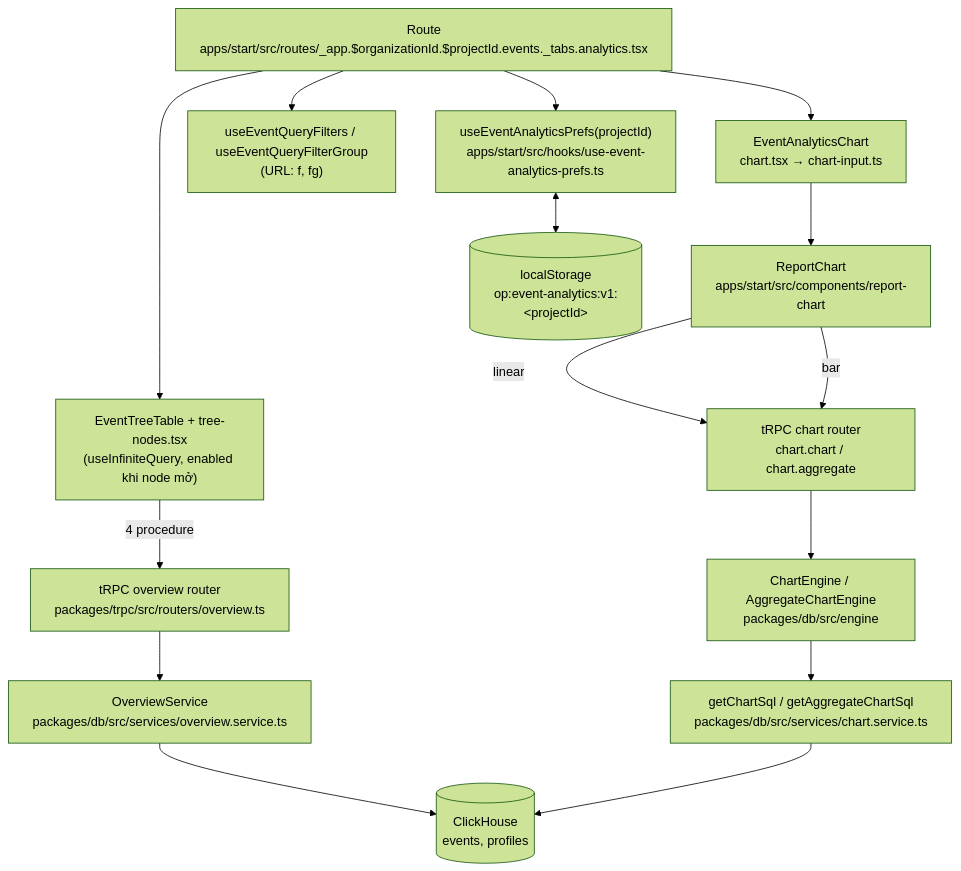
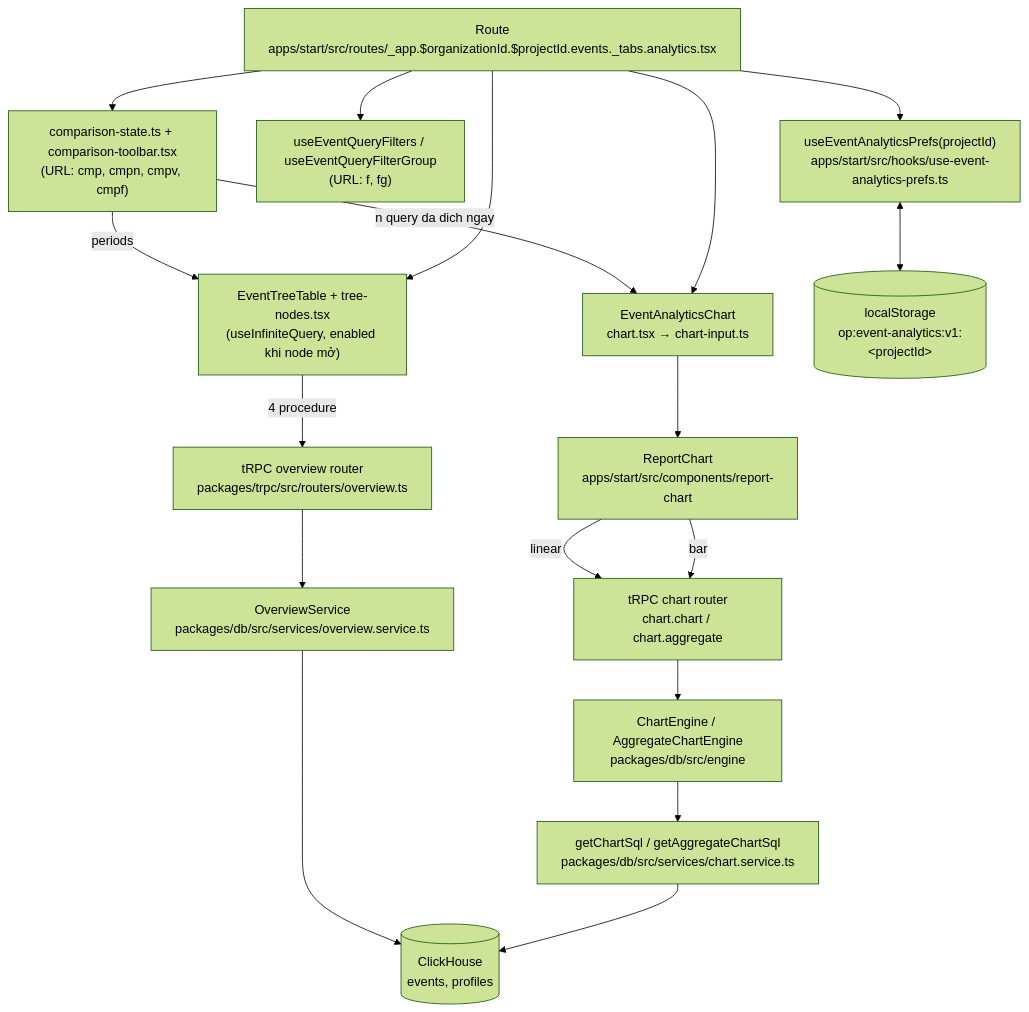
Before and after one commit to vietanha34/openpanel: the diagram in docs/event-analytics/ARCHITECTURE.md, drawn with Mermaid (forest theme). The commit also changed other lines of this file and 1 other file, not shown here.

Commit message:
docs(event-analytics): record Phase 3 in the acceptance and architecture references

````diff
--- a/docs/event-analytics/ARCHITECTURE.md
+++ b/docs/event-analytics/ARCHITECTURE.md
@@ -10,26 +10,30 @@
 ```mermaid
 flowchart TD
   R["Route<br/>apps/start/src/routes/_app.$organizationId.$projectId.events._tabs.analytics.tsx"]
   P["useEventAnalyticsPrefs(projectId)<br/>apps/start/src/hooks/use-event-analytics-prefs.ts"]
   Q["useEventQueryFilters / useEventQueryFilterGroup<br/>(URL: f, fg)"]
+  CMP["comparison-state.ts + comparison-toolbar.tsx<br/>(URL: cmp, cmpn, cmpv, cmpf)"]
   T["EventTreeTable + tree-nodes.tsx<br/>(useInfiniteQuery, enabled khi node mở)"]
   C["EventAnalyticsChart<br/>chart.tsx → chart-input.ts"]
   OR["tRPC overview router<br/>packages/trpc/src/routers/overview.ts"]
   OS["OverviewService<br/>packages/db/src/services/overview.service.ts"]
   RC["ReportChart<br/>apps/start/src/components/report-chart"]
   CR["tRPC chart router<br/>chart.chart / chart.aggregate"]
   EN["ChartEngine / AggregateChartEngine<br/>packages/db/src/engine"]
   CS["getChartSql / getAggregateChartSql<br/>packages/db/src/services/chart.service.ts"]
   CH[("ClickHouse<br/>events, profiles")]
   LS[("localStorage<br/>op:event-analytics:v1:&lt;projectId&gt;")]
 
   R --> P
   P <--> LS
   R --> Q
+  R --> CMP
+  CMP -->|periods| T
+  CMP -->|n query da dich ngay| C
   R --> T
   R --> C
   T -->|4 procedure| OR --> OS --> CH
   C --> RC -->|linear| CR
   RC -->|bar| CR
   CR --> EN --> CS --> CH
 ```
````
